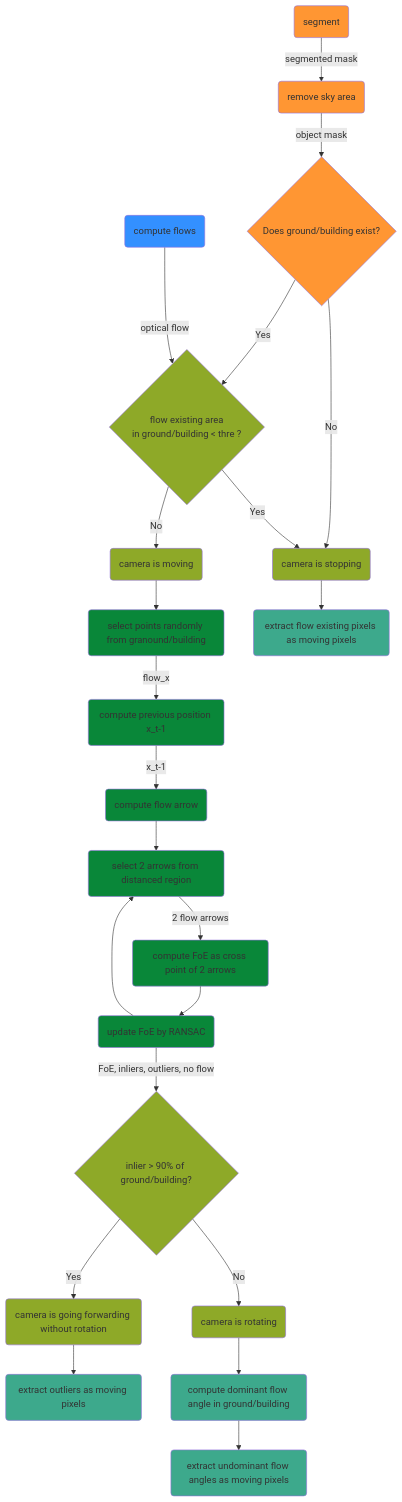
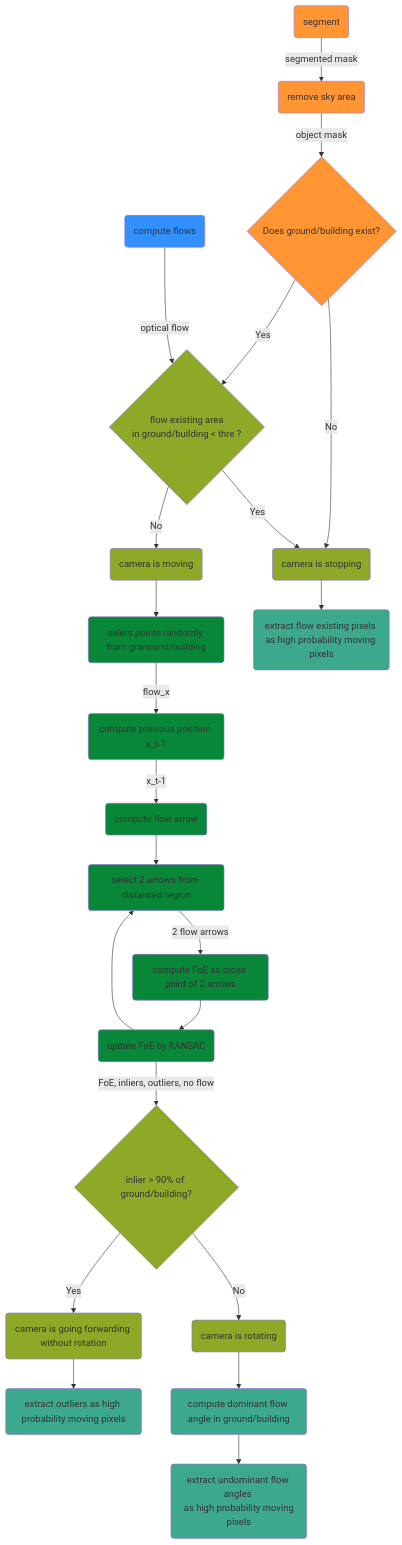
The diagram in doc/flowchart_foebased_movingobjectdetection.md (MasahiroOgawa/reconstruct4D), drawn with Mermaid before and after one commit.

Commit message:
update flow chart as computing moving probability.

````diff
--- a/doc/flowchart_foebased_movingobjectdetection.md
+++ b/doc/flowchart_foebased_movingobjectdetection.md
@@ -1,30 +1,30 @@
 ```mermaid
 flowchart TD
     D(segment):::seg --> |segmented mask| P(remove sky area):::seg
     P --> |object mask| R{Does ground/building exist?}:::seg
     R --> |Yes| M{flow existing area \n in ground/building < thre ?}:::cam
     R --> |No| N
     A(compute flows) -->|optical flow| M
     M --> |Yes| N(camera is stopping):::cam
     M --> |No| O(camera is moving):::cam
     O --> B(select points randomly from granound/building):::foe
     B --> |flow_x| C(compute previous position x_t-1):::foe
     C --> |x_t-1| E(compute flow arrow):::foe
     E --> F(select 2 arrows from distanced region):::foe
     F --> |2 flow arrows| G(compute FoE as cross point of 2 arrows):::foe
     H --> F
     G --> H(update FoE by RANSAC):::foe
     H --> |FoE, inliers, outliers, no flow| I{inlier > 90% of ground/building?}:::cam
     I --> |Yes| S(camera is going forwarding without rotation):::cam
-    S --> J(extract outliers as moving pixels):::movpix
+    S --> J(extract outliers as high probability moving pixels):::movpix
     I --> |No| T(camera is rotating):::cam
     T --> K(compute dominant flow angle in ground/building):::movpix
-    N --> Q(extract flow existing pixels as moving pixels):::movpix
-    K --> L(extract undominant flow angles as moving pixels):::movpix
+    N --> Q(extract flow existing pixels as high probability moving pixels):::movpix
+    K --> L(extract undominant flow angles \n as high probability moving pixels):::movpix
 
     style A fill:#3390FF
     classDef seg fill:#FF9633 
     classDef foe fill:#098739
     classDef cam fill: #8EA928
     classDef movpix fill: #3DA98C
 ```
````
